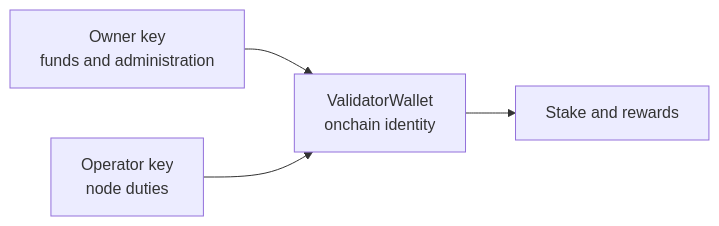
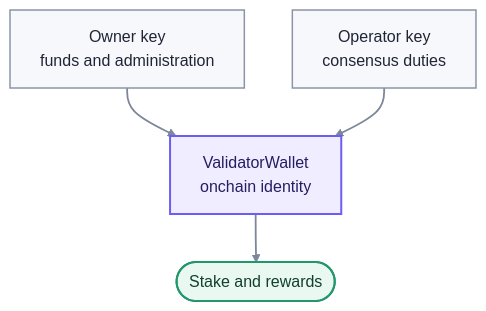
The diagram in pages/understand-genlayer-protocol/core-concepts/optimistic-democracy/staking.mdx (genlayerlabs/genlayer-docs), drawn with Mermaid before and after one commit. The commit also changed 13 other files, not shown here.

Commit message:
docs: improve protocol diagrams

````diff
--- a/pages/understand-genlayer-protocol/core-concepts/optimistic-democracy/staking.mdx
+++ b/pages/understand-genlayer-protocol/core-concepts/optimistic-democracy/staking.mdx
@@ -24,6 +24,15 @@
 ```mermaid
-flowchart LR
-    Owner[Owner key<br/>funds and administration] --> Wallet[ValidatorWallet<br/>onchain identity]
-    Operator[Operator key<br/>node duties] --> Wallet
-    Wallet --> Stake[Stake and rewards]
+%%{init: {"flowchart": {"curve": "basis", "nodeSpacing": 48, "rankSpacing": 48, "htmlLabels": true}}}%%
+flowchart TB
+    Owner["Owner key<br/>funds and administration"] --> Wallet["ValidatorWallet<br/>onchain identity"]
+    Operator["Operator key<br/>consensus duties"] --> Wallet
+    Wallet --> Stake(["Stake and rewards"])
+
+    classDef key fill:#F7F8FC,stroke:#8B95A7,color:#202536,stroke-width:1.5px;
+    classDef identity fill:#EFEDFF,stroke:#6D5DF5,color:#251E63,stroke-width:2px;
+    classDef value fill:#E9F8F0,stroke:#23966B,color:#123F30,stroke-width:2px;
+    class Owner,Operator key;
+    class Wallet identity;
+    class Stake value;
+    linkStyle default stroke:#7C879C,stroke-width:1.8px;
 ```
````
